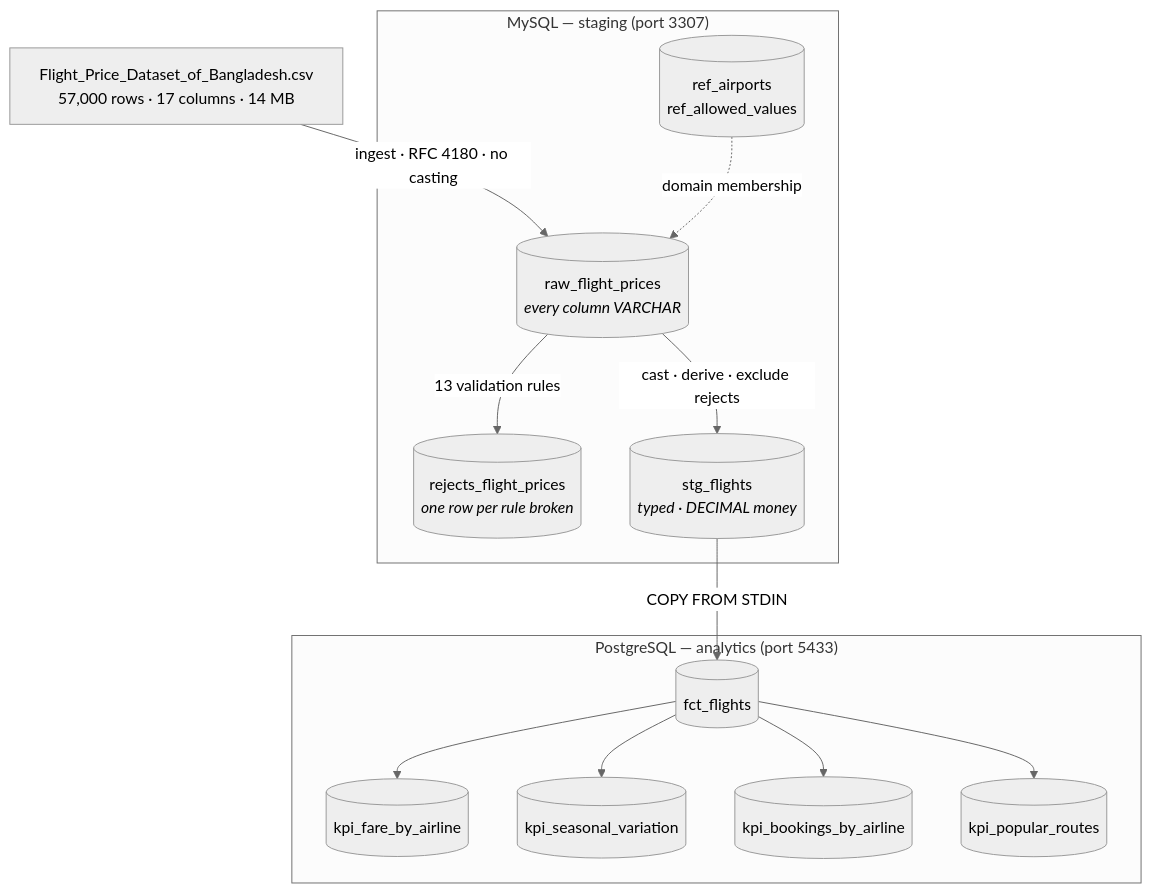
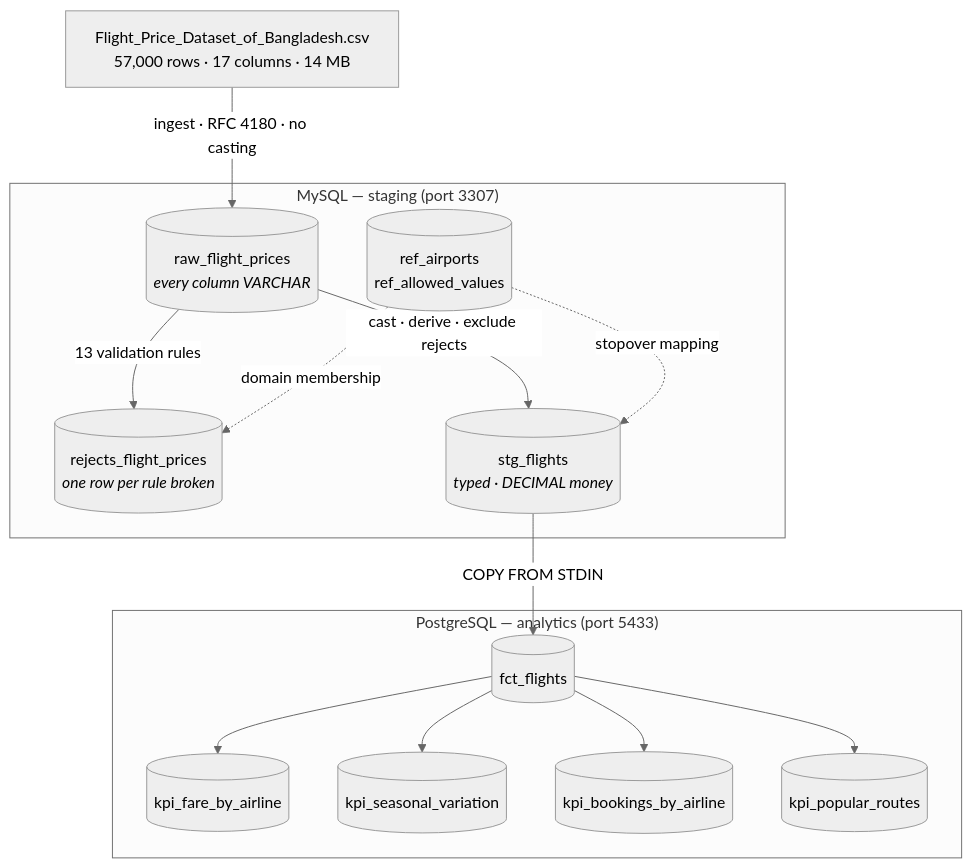
The diagram in README.md (josephforson285/airflow-flight-price-analysis), drawn with Mermaid (neutral theme) before and after one commit.

Commit message:
Correct the reference-data arrow in the README diagram
The architecture diagram drew ref_airports/ref_allowed_values flowing INTO
raw_flight_prices. Nothing flows that way. The reference tables are consulted
BY the validation pass (six references in 03_quarantine.sql) and separately by
the staging build for the stopover_count mapping (04_build_stg.sql:73).

Now two dotted edges pointing at what each is actually used for, which also
surfaces the second use that the single arrow had hidden entirely.

The diagram's factual claims were checked against the running system rather
than assumed: 57,000 rows, 17 columns, 14 MB, 13 validation rules, host ports
3307 and 5433 -- all correct. Both mermaid blocks were also checked for node
ids referenced but never declared; there are none, so neither renders broken.

````diff
--- a/README.md
+++ b/README.md
@@ -39,29 +39,31 @@
 ```mermaid
 flowchart TD
     CSV["Flight_Price_Dataset_of_Bangladesh.csv<br>57,000 rows · 17 columns · 14 MB"]
 
     subgraph staging["MySQL — staging (port 3307)"]
         RAW[("raw_flight_prices<br><i>every column VARCHAR</i>")]
         REJ[("rejects_flight_prices<br><i>one row per rule broken</i>")]
         STG[("stg_flights<br><i>typed · DECIMAL money</i>")]
         REF[("ref_airports<br>ref_allowed_values")]
     end
 
     subgraph analytics["PostgreSQL — analytics (port 5433)"]
         FCT[("fct_flights")]
         K1[("kpi_fare_by_airline")]
         K2[("kpi_seasonal_variation")]
         K3[("kpi_bookings_by_airline")]
         K4[("kpi_popular_routes")]
     end
 
     CSV -->|"ingest · RFC 4180 · no casting"| RAW
-    REF -.->|"domain membership"| RAW
     RAW -->|"13 validation rules"| REJ
     RAW -->|"cast · derive · exclude rejects"| STG
     STG -->|"COPY FROM STDIN"| FCT
+
+    REF -. "domain membership" .-> REJ
+    REF -. "stopover mapping" .-> STG
     FCT --> K1
     FCT --> K2
     FCT --> K3
     FCT --> K4
 ```
````
